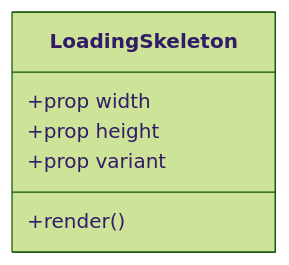
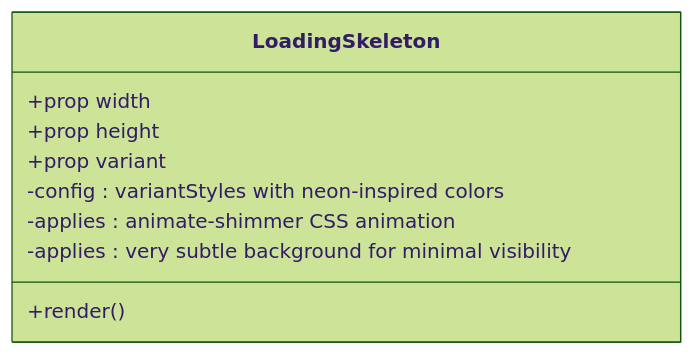
Before and after one commit to RunTimeAdmin/InfraWatch: the ninth of 19 diagrams in .qoder/repowiki/en/content/Frontend Architecture/Component Architecture.md, drawn with Mermaid (forest theme). The commit also changed other lines of this file and 12 other files, not shown here.

````diff
--- a/.qoder/repowiki/en/content/Frontend Architecture/Component Architecture.md
+++ b/.qoder/repowiki/en/content/Frontend Architecture/Component Architecture.md
@@ -379,9 +387,12 @@
 ```mermaid
 classDiagram
 class LoadingSkeleton {
 +prop width
 +prop height
 +prop variant
 +render()
+-config : variantStyles with neon-inspired colors
+-applies : animate-shimmer CSS animation
+-applies : very subtle background for minimal visibility
 }
 ```
````
